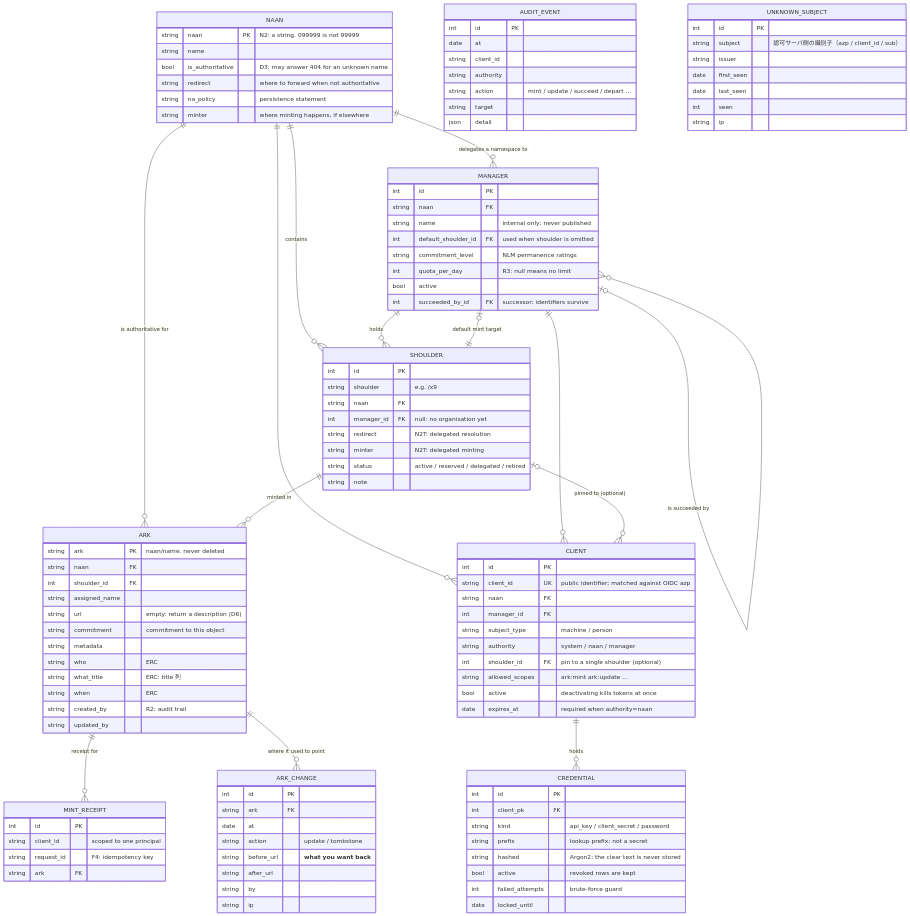
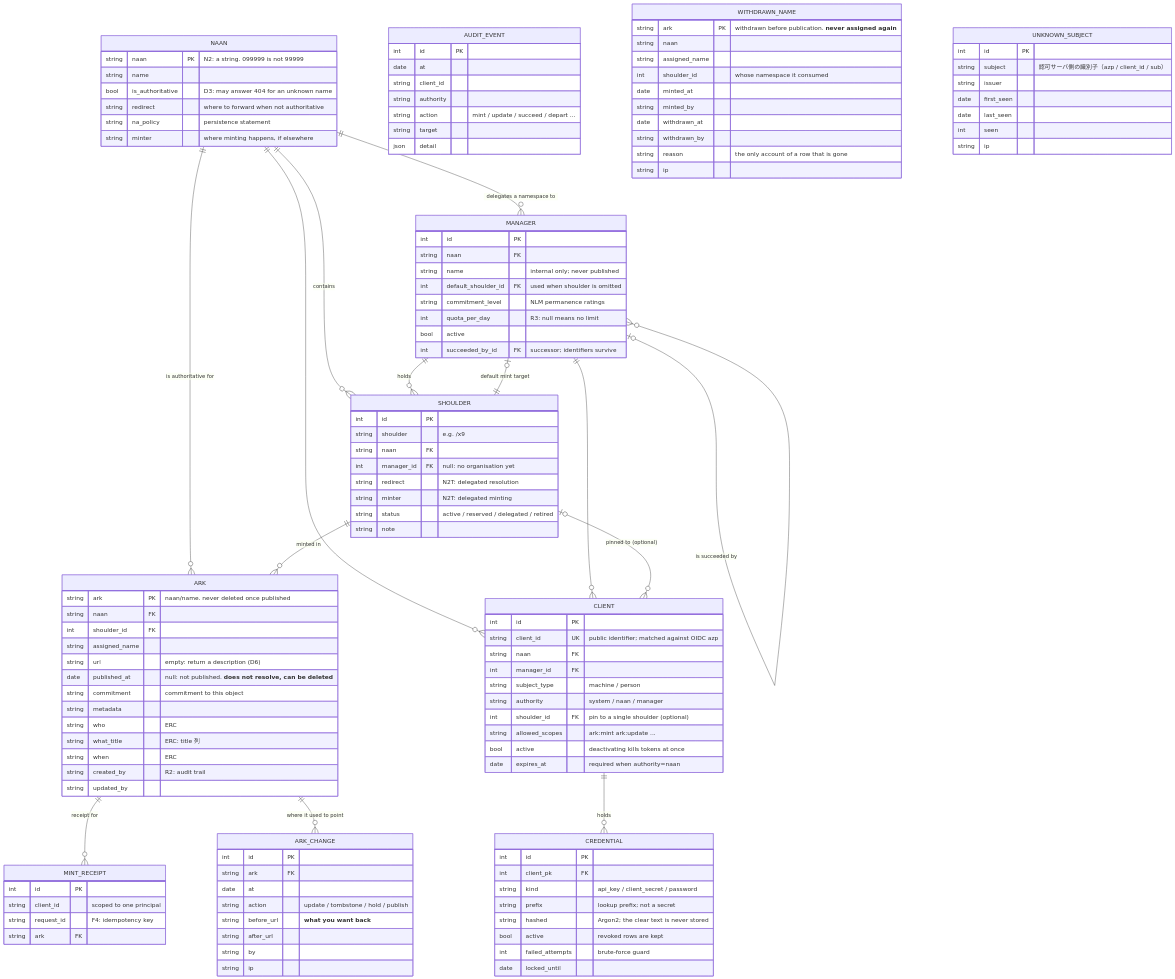
Before and after one commit to RCOSDP/arkhe: the diagram in docs/reference/data-model.md, drawn with Mermaid. The commit also changed other lines of this file and 57 other files, not shown here.

```diff
--- a/docs/reference/data-model.md
+++ b/docs/reference/data-model.md
@@ -55,11 +55,12 @@
     }
 
     ARK {
-        string ark PK "naan/name. never deleted"
+        string ark PK "naan/name. never deleted once published"
         string naan FK
         int    shoulder_id FK
         string assigned_name
         string url "empty: return a description (D6)"
+        date   published_at "null: not published. **does not resolve, can be deleted**"
         string commitment "commitment to this object"
         string metadata
         string who "ERC"
@@ -104,7 +105,7 @@
         int    id PK
         string ark FK
         date   at
-        string action "update / tombstone"
+        string action "update / tombstone / hold / publish"
         string before_url "**what you want back**"
         string after_url
         string by
@@ -120,6 +121,18 @@
         string target
         json   detail
     }
+    WITHDRAWN_NAME {
+        string ark PK "withdrawn before publication. **never assigned again**"
+        string naan
+        string assigned_name
+        int    shoulder_id "whose namespace it consumed"
+        date   minted_at
+        string minted_by
+        date   withdrawn_at
+        string withdrawn_by
+        string reason "the only account of a row that is gone"
+        string ip
+    }
     UNKNOWN_SUBJECT {
         int    id PK
         string subject "認可サーバ側の識別子（azp / client_id / sub）"
```
